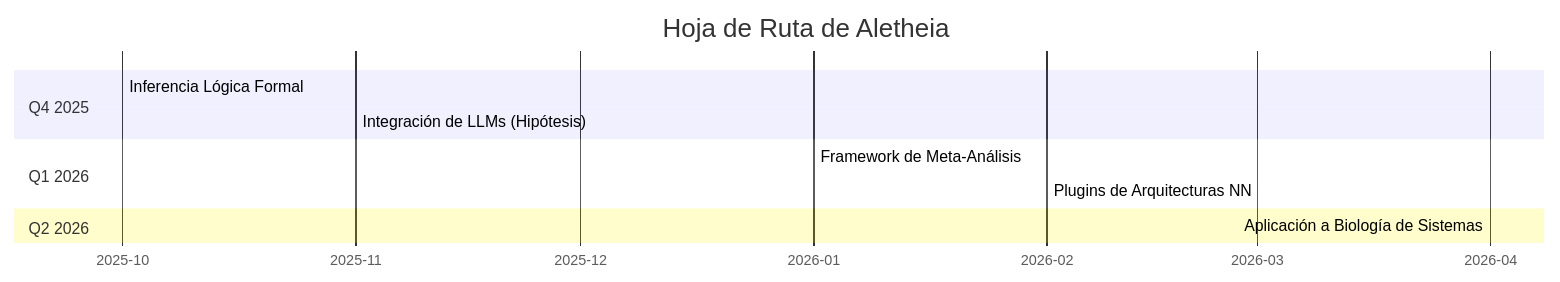
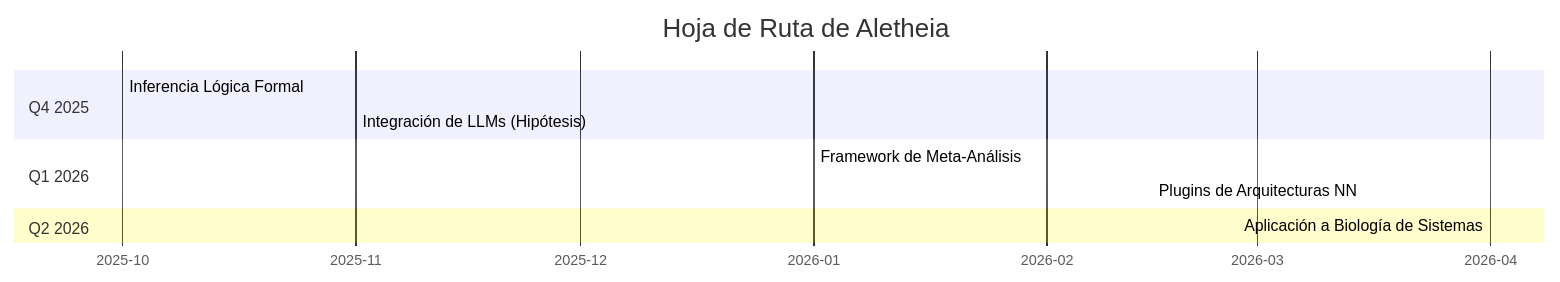
One commit to SunNeurotron/Aletheia changed the sixth of 6 diagrams in README.md. Above: the diagram before and after it, drawn with Mermaid. The commit also changed other lines of this file, not shown here.

````diff
--- a/README.md
+++ b/README.md
@@ -313,17 +363,18 @@
 ```mermaid
 gantt
     title Hoja de Ruta de Aletheia
     dateFormat  YYYY-MM
     axisFormat  %Y-%m
+    tickInterval 1month
 
     section Q4 2025
-    Inferencia Lógica Formal        :done, des1, 2025-10, 2m
-    Integración de LLMs (Hipótesis) :active, des2, 2025-11, 3m
+    Inferencia Lógica Formal        :done, des1, 2025-10-01, 2m
+    Integración de LLMs (Hipótesis) :active, des2, 2025-11-01, 3m
 
     section Q1 2026
-    Framework de Meta-Análisis      :des3, 2026-01, 3m
-    Plugins de Arquitecturas NN     :des4, 2026-02, 2m
+    Framework de Meta-Análisis      :des3, 2026-01-01, 3m
+    Plugins de Arquitecturas NN     :des4, 2026-02-15, 2m
 
     section Q2 2026
-    Aplicación a Biología de Sistemas :des5, 2026-04, 3m
+    Aplicación a Biología de Sistemas :des5, 2026-04-01, 3m
 ```
````
